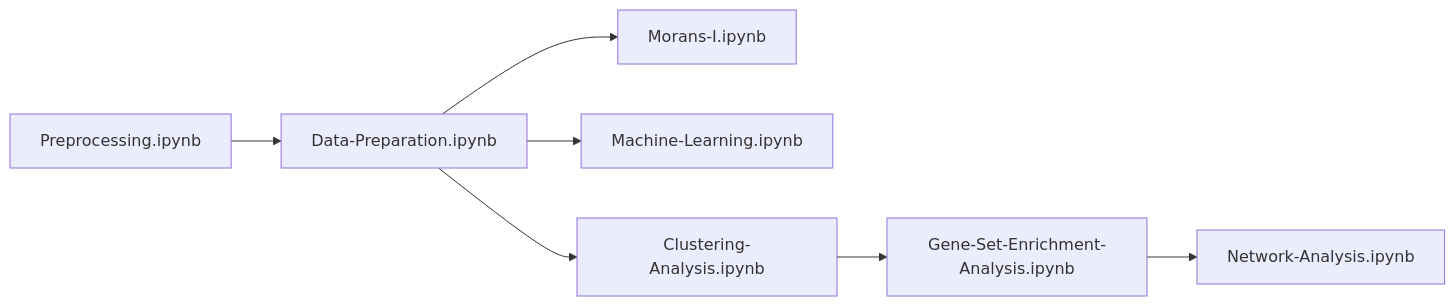
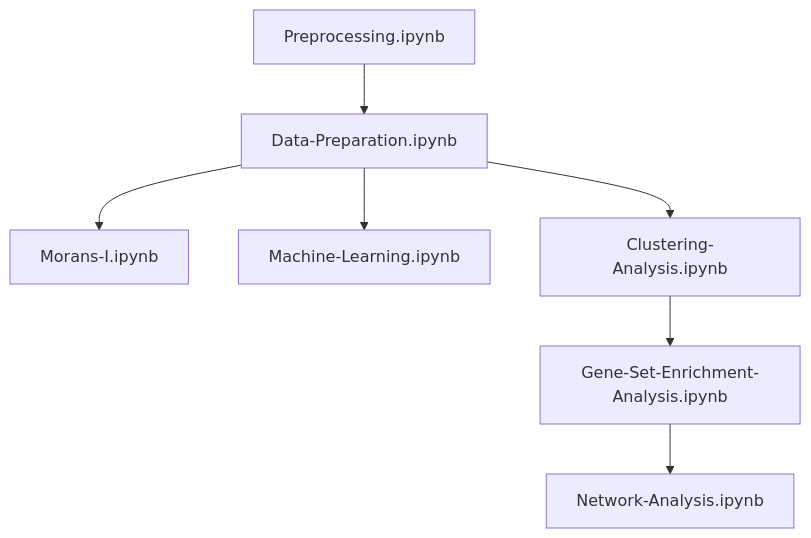
One commit to anhdnguye/Spatial-Transcriptomics-Data-Analysis changed the diagram in README.md. Above: the diagram before and after it, drawn with Mermaid.

Commit message:
change to TD

````diff
--- a/README.md
+++ b/README.md
@@ -27,10 +27,10 @@
 ```mermaid
-graph LR
+graph TD
 
 A[Preprocessing.ipynb] --> B[Data-Preparation.ipynb]
 B --> C[Morans-I.ipynb]
 B --> D[Machine-Learning.ipynb]
 B --> E[Clustering-Analysis.ipynb]
 E --> F[Gene-Set-Enrichment-Analysis.ipynb]
 F --> G[Network-Analysis.ipynb]
 ```
````
